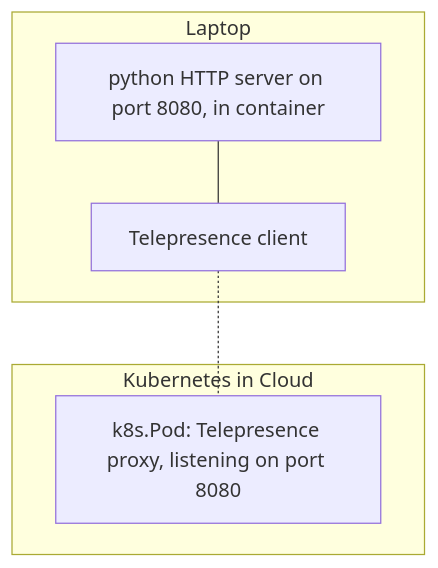
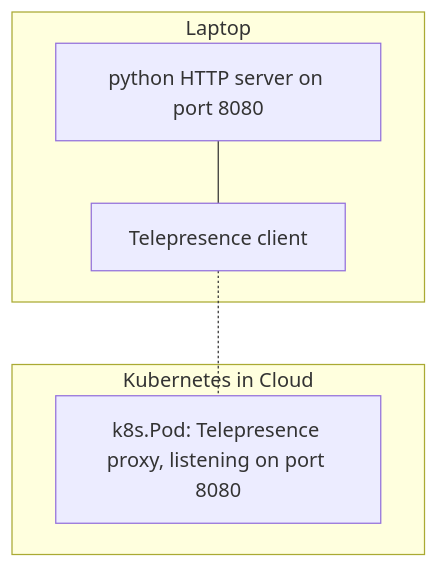
Before and after one commit to telepresenceio/telepresence.io: the fourth of 4 diagrams in index.md, drawn with Mermaid. The commit also changed other lines of this file, not shown here.

```diff
--- a/index.md
+++ b/index.md
@@ -217,9 +197,9 @@
 <div class="mermaid">
 graph TD
   subgraph Laptop
-    code["python HTTP server on port 8080, in container"]---client[Telepresence client]
+    code["python HTTP server on port 8080"]---client[Telepresence client]
   end
   subgraph Kubernetes in Cloud
     client-.-proxy["k8s.Pod: Telepresence proxy, listening on port 8080"]
   end
 </div>
```
